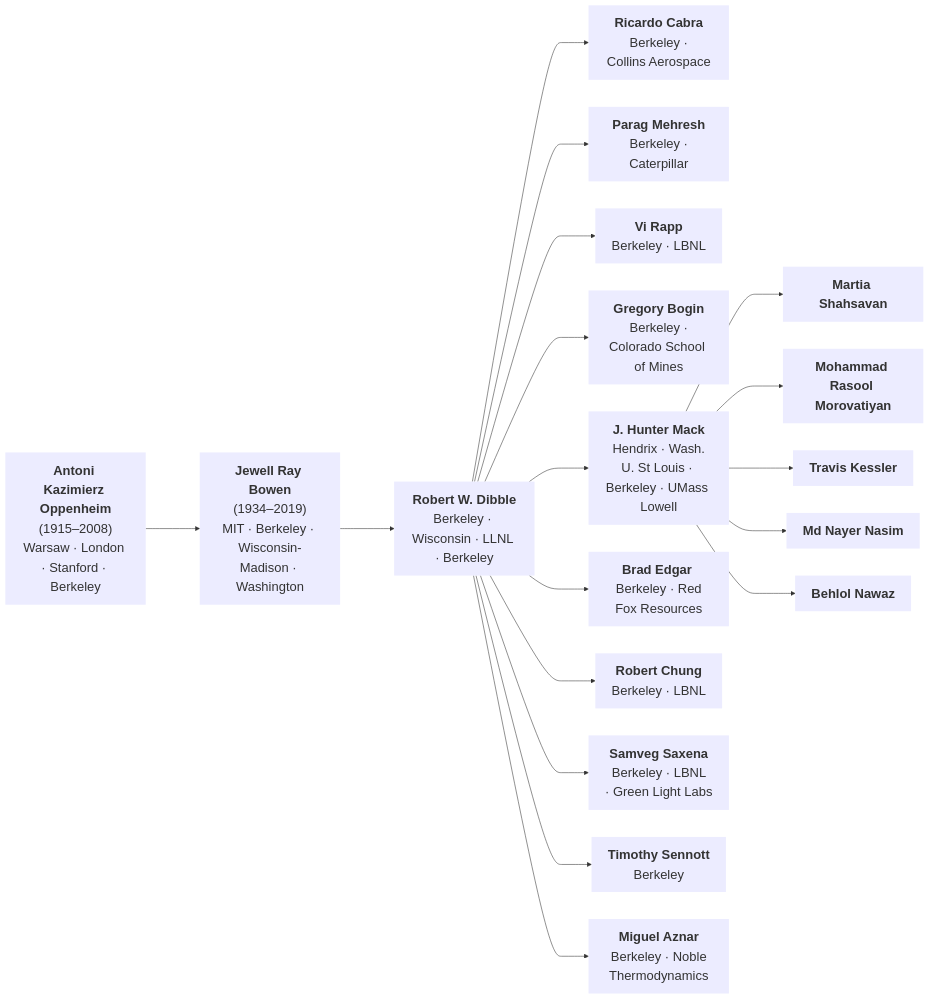
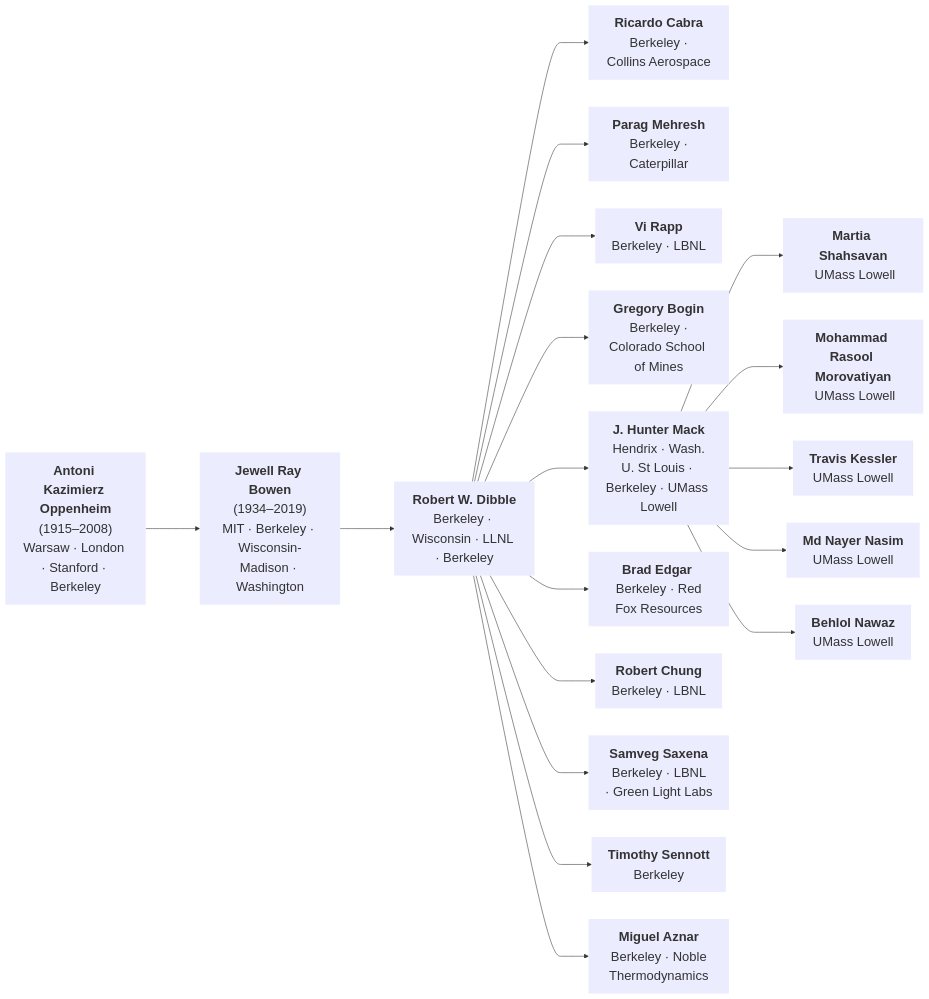
One commit to bnawaz95/ECRL-acad-tree changed the diagram in acad_tree_LR.md. Above: the diagram before and after it, drawn with Mermaid. The commit also changed 1 other file, not shown here.

Commit message:
Added UML affilitation to Prof. Mack's students.

````diff
--- a/acad_tree_LR.md
+++ b/acad_tree_LR.md
@@ -1,48 +1,48 @@
 ```mermaid
 graph LR
     A["<b>Antoni Kazimierz Oppenheim</b><br/>(1915–2008)<br/>Warsaw · London · Stanford · Berkeley"]
 
     B["<b>Jewell Ray Bowen</b><br/>(1934–2019)<br/>MIT · Berkeley · Wisconsin-Madison · Washington"]
 
     C["<b>Robert W. Dibble</b><br/>Berkeley · Wisconsin · LLNL · Berkeley"]
 
     D1["<b>Ricardo Cabra</b><br/> Berkeley · Collins Aerospace"]
     D2["<b>Parag Mehresh</b><br/> Berkeley · Caterpillar"]
     D3["<b>Vi Rapp</b><br/> Berkeley · LBNL"]
     D4["<b>Gregory Bogin</b><br/> Berkeley · Colorado School of Mines"]
     D0["<b>J. Hunter Mack</b><br/> Hendrix · Wash. U. St Louis · Berkeley · UMass Lowell"]
     D5["<b>Brad Edgar </b><br/> Berkeley · Red Fox Resources"]
     D6["<b>Robert Chung</b><br/> Berkeley · LBNL"]
     D7["<b>Samveg Saxena</b><br/> Berkeley · LBNL · Green Light Labs"]
     D8["<b>Timothy Sennott</b><br/> Berkeley"]
     D9["<b>Miguel Aznar</b><br/> Berkeley · Noble Thermodynamics"]
 
-    E["<b>Martia Shahsavan</b>"]
-    F["<b>Mohammad Rasool Morovatiyan</b>"]
-    G["<b>Travis Kessler</b>"]
-    H["<b>Md Nayer Nasim</b>"]
-    I["<b>Behlol Nawaz</b>"]
+    E["<b>Martia Shahsavan</b><br/> UMass Lowell"]
+    F["<b>Mohammad Rasool Morovatiyan</b><br/> UMass Lowell"]
+    G["<b>Travis Kessler</b><br/> UMass Lowell"]
+    H["<b>Md Nayer Nasim</b><br/> UMass Lowell"]
+    I["<b>Behlol Nawaz</b><br/> UMass Lowell"]
 
     A ---> B
     B ---> C
 
     C ---> D0
     C ---> D1
     C ---> D2
     C ---> D3
     C ---> D4
     C ---> D5
     C ---> D6
     C ---> D7
     C ---> D8
     C ---> D9
 
     D0 ---> E
     D0 ---> F
     D0 ---> G
     D0 ---> H
     D0 ---> I
 
 classDef noBorder stroke:none,stroke-width:0px,fill:#None,font-size:24px;
 class A,B,C,D0,D1,D2,D3,D4,D5,D6,D6,D7,D8,D9,E,F,G,H,I, noBorder
 ```
````
